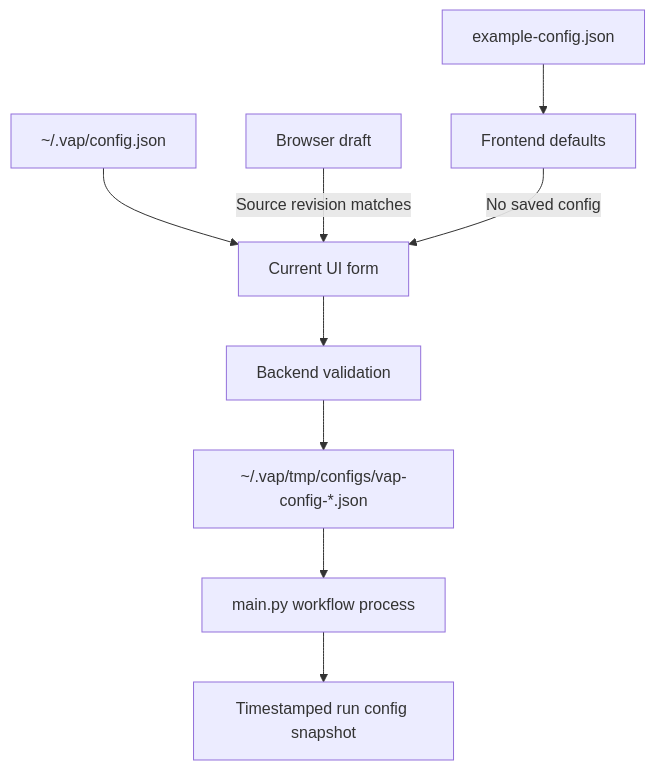
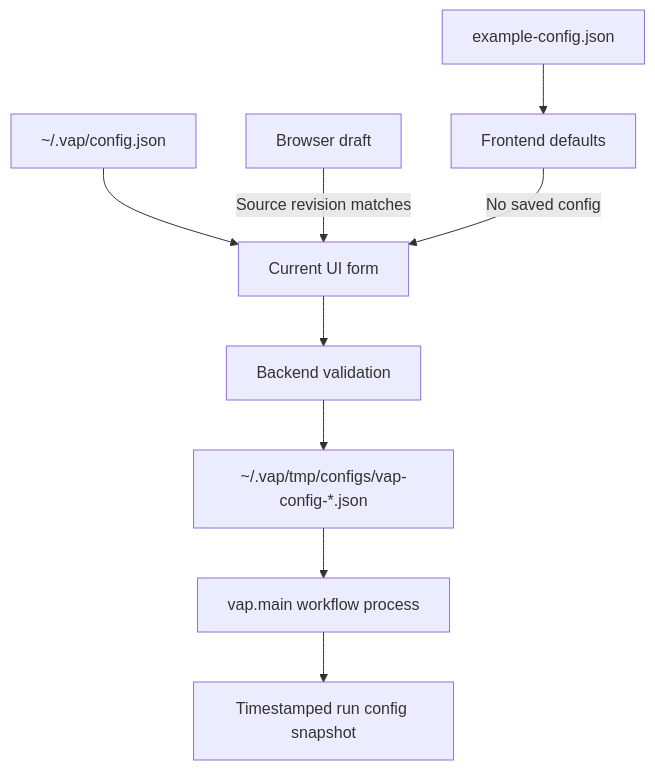
One commit to Shan2L/VAP changed the second of 4 diagrams in DEPLOYMENT_AND_TECHNICAL_REPORT.md. Above: the diagram before and after it, drawn with Mermaid. The commit also changed other lines of this file and 36 other files, not shown here.

````diff
--- a/DEPLOYMENT_AND_TECHNICAL_REPORT.md
+++ b/DEPLOYMENT_AND_TECHNICAL_REPORT.md
@@ -543,11 +543,11 @@
 ```mermaid
 flowchart TD
     Example["example-config.json"] --> FrontendDefault["Frontend defaults"]
     UserConfig["~/.vap/config.json"] --> CurrentForm["Current UI form"]
     BrowserDraft["Browser draft"] -->|"Source revision matches"| CurrentForm
     FrontendDefault -->|"No saved config"| CurrentForm
     CurrentForm --> Validation["Backend validation"]
     Validation --> TempConfig["~/.vap/tmp/configs/vap-config-*.json"]
-    TempConfig --> Workflow["main.py workflow process"]
+    TempConfig --> Workflow["vap.main workflow process"]
     Workflow --> RunSnapshot["Timestamped run config snapshot"]
 ```
````
